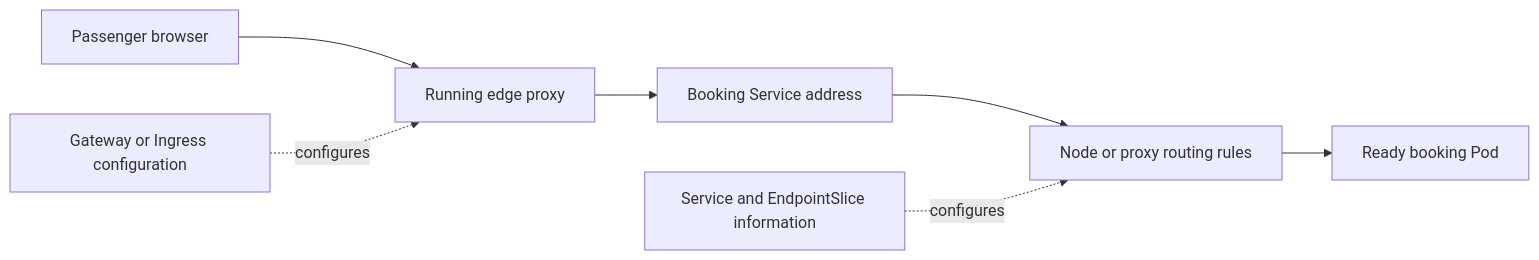
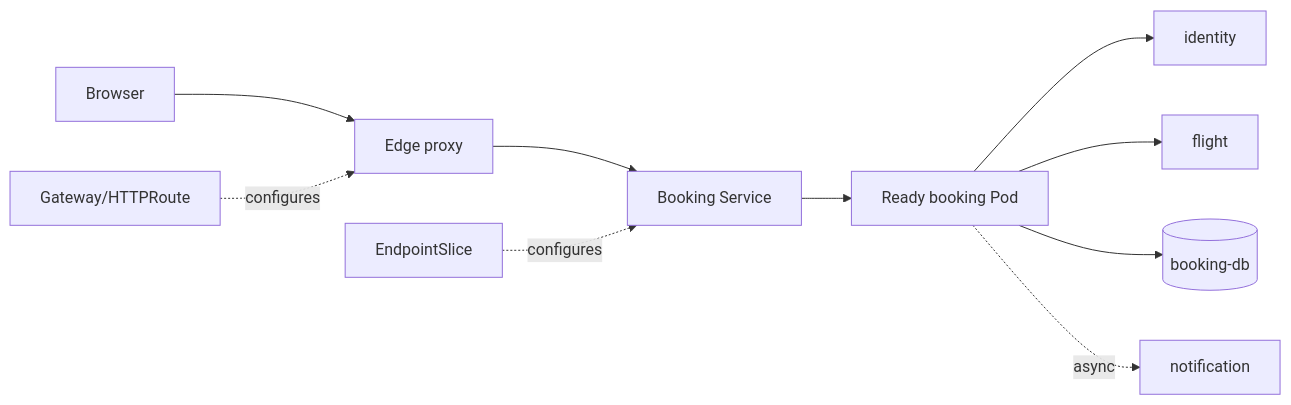
The first of 2 diagrams in docs/learn/capstone/a-booking-through-kubernetes.md (darshan-raul/apollo11-docs), drawn with Mermaid before and after one commit. The commit also changed other lines of this file and 55 other files, not shown here.

````diff
--- a/docs/learn/capstone/a-booking-through-kubernetes.md
+++ b/docs/learn/capstone/a-booking-through-kubernetes.md
@@ -44,9 +24,10 @@
 ```mermaid
 flowchart LR
-  Browser[Passenger browser] --> Edge[Running edge proxy]
-  Edge --> Address[Booking Service address]
-  Address --> Rules[Node or proxy routing rules]
-  Rules --> Pod[Ready booking Pod]
-  Route[Gateway or Ingress configuration] -.configures.-> Edge
-  Endpoint[Service and EndpointSlice information] -.configures.-> Rules
+  B[Browser] --> E[Edge proxy] --> S[Booking Service] --> P[Ready booking Pod]
+  P --> I[identity] 
+  P --> F[flight]
+  P --> D[(booking-db)]
+  P -.async.-> N[notification]
+  R[Gateway/HTTPRoute] -.configures.-> E
+  EP[EndpointSlice] -.configures.-> S
 ```
````
